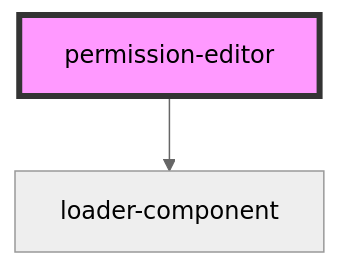
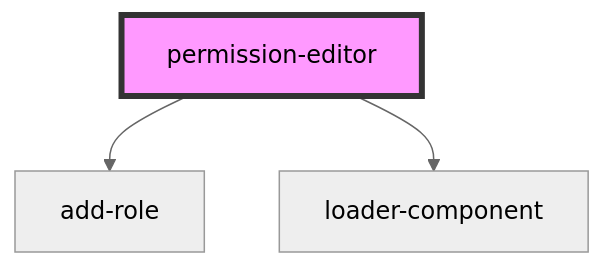
Before and after one commit to techvariable/NeptuneConnectComponents: the diagram in src/components/permission-editor/readme.md, drawn with Mermaid (neutral theme). The commit also changed other lines of this file and 6 other files, not shown here.

````diff
--- a/src/components/permission-editor/readme.md
+++ b/src/components/permission-editor/readme.md
@@ -23,5 +24,6 @@
 ```mermaid
 graph TD;
+  permission-editor --> add-role
   permission-editor --> loader-component
   style permission-editor fill:#f9f,stroke:#333,stroke-width:4px
 ```
````
